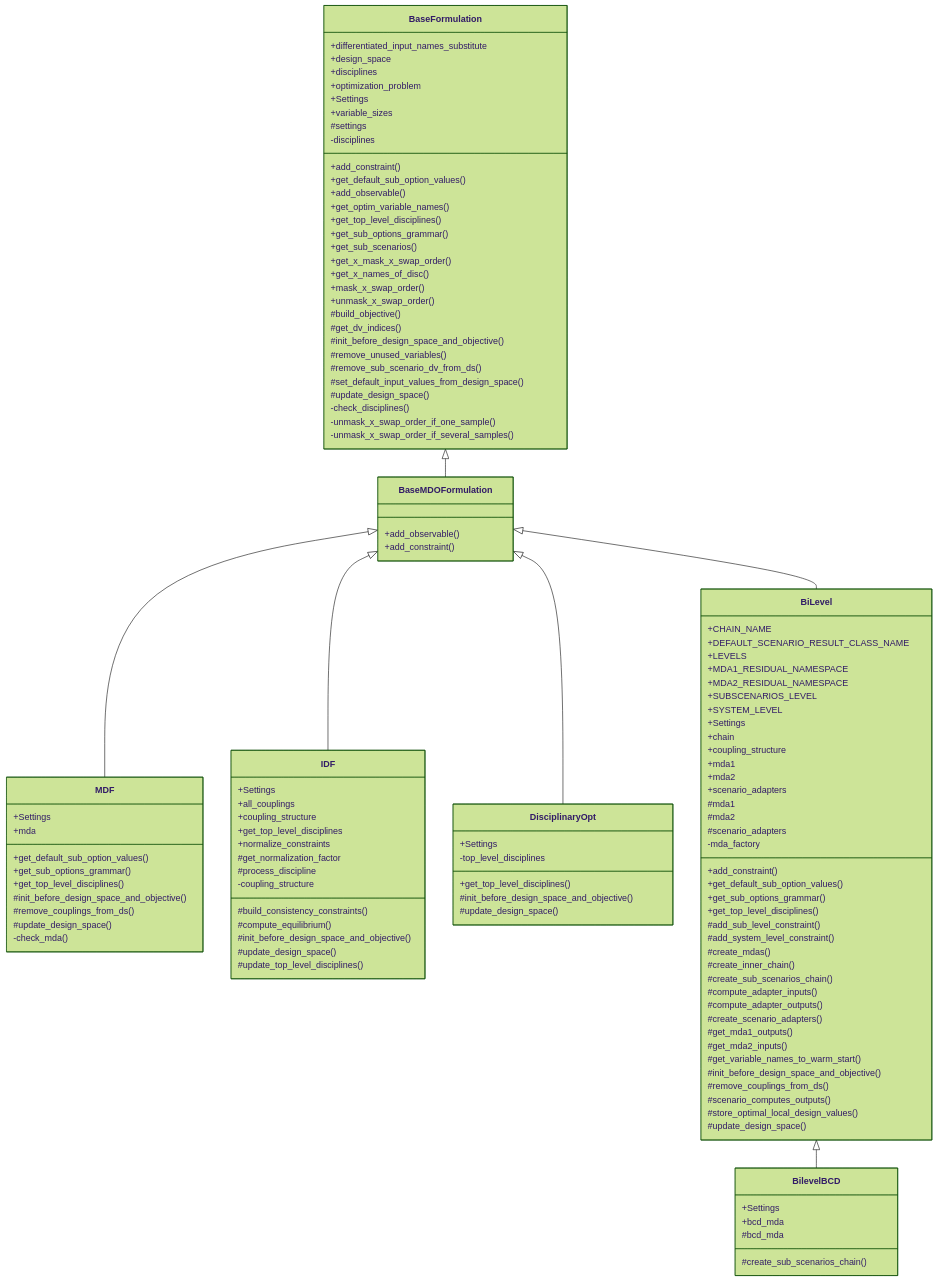
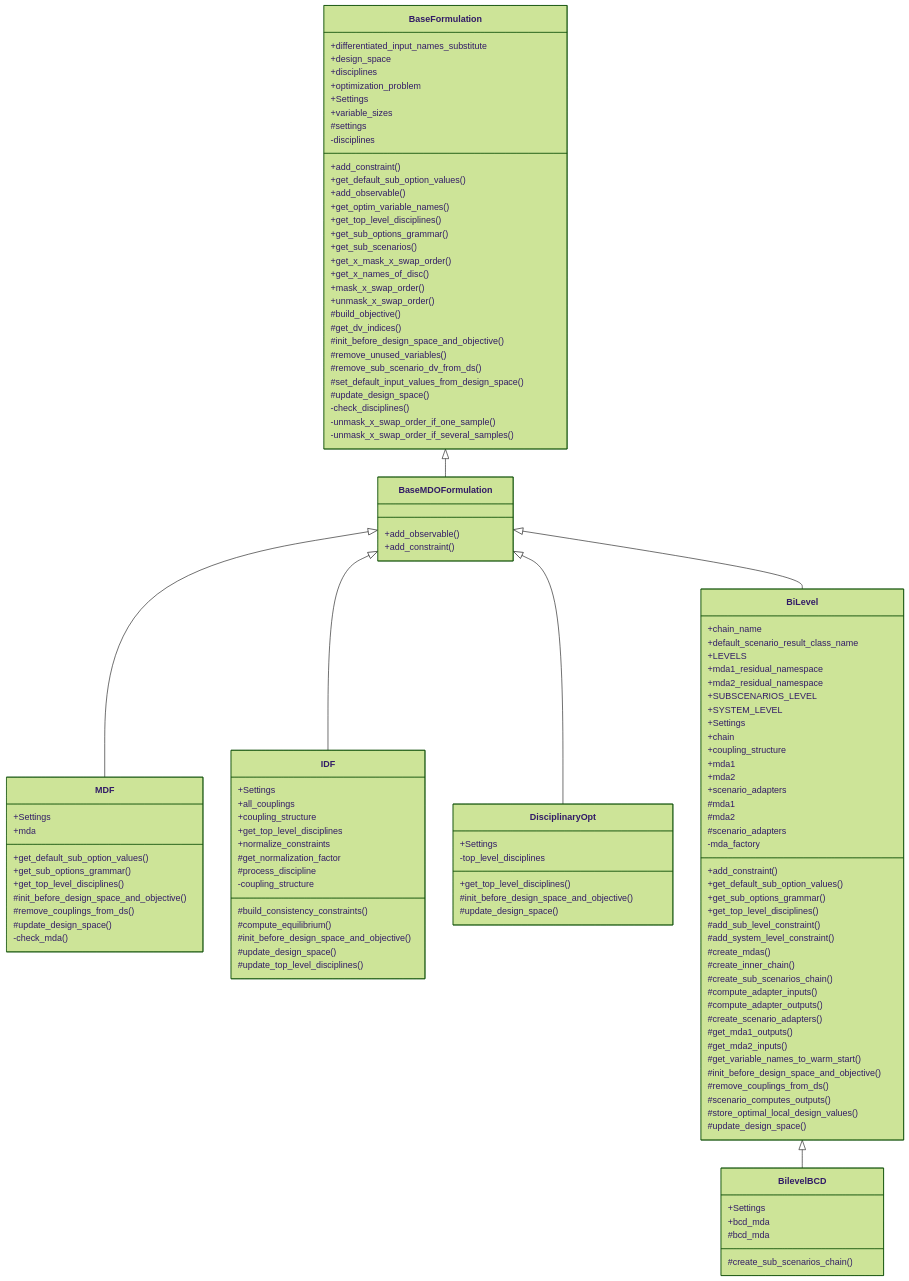
One commit to gemseo/gemseo changed the diagram in docs/mdo/mdo_formulation_architecture.md. Above: the diagram before and after it, drawn with Mermaid (forest theme). The commit also changed 828 other files, not shown here.

```diff
--- a/docs/mdo/mdo_formulation_architecture.md
+++ b/docs/mdo/mdo_formulation_architecture.md
@@ -100,11 +100,11 @@
 
     BaseMDOFormulation <|-- BiLevel
     class BiLevel {
-        +CHAIN_NAME
-        +DEFAULT_SCENARIO_RESULT_CLASS_NAME
+        +chain_name
+        +default_scenario_result_class_name
         +LEVELS
-        +MDA1_RESIDUAL_NAMESPACE
-        +MDA2_RESIDUAL_NAMESPACE
+        +mda1_residual_namespace
+        +mda2_residual_namespace
         +SUBSCENARIOS_LEVEL
         +SYSTEM_LEVEL
         +Settings
```
